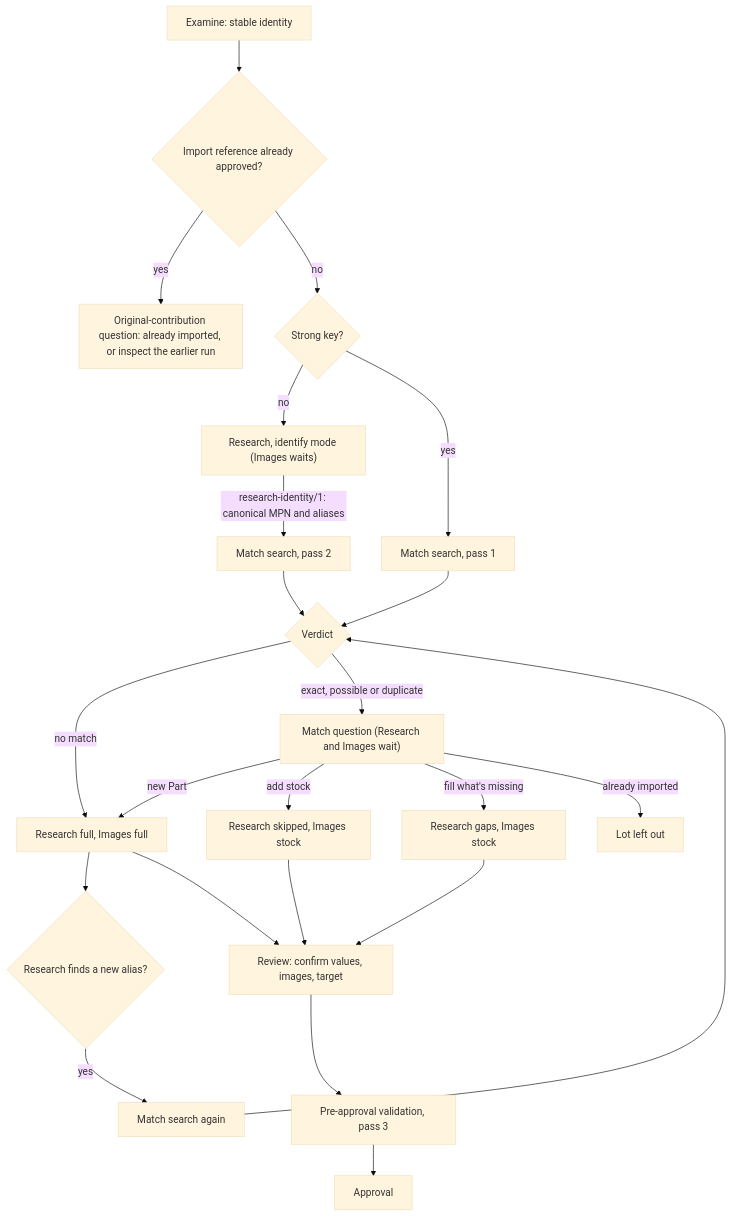
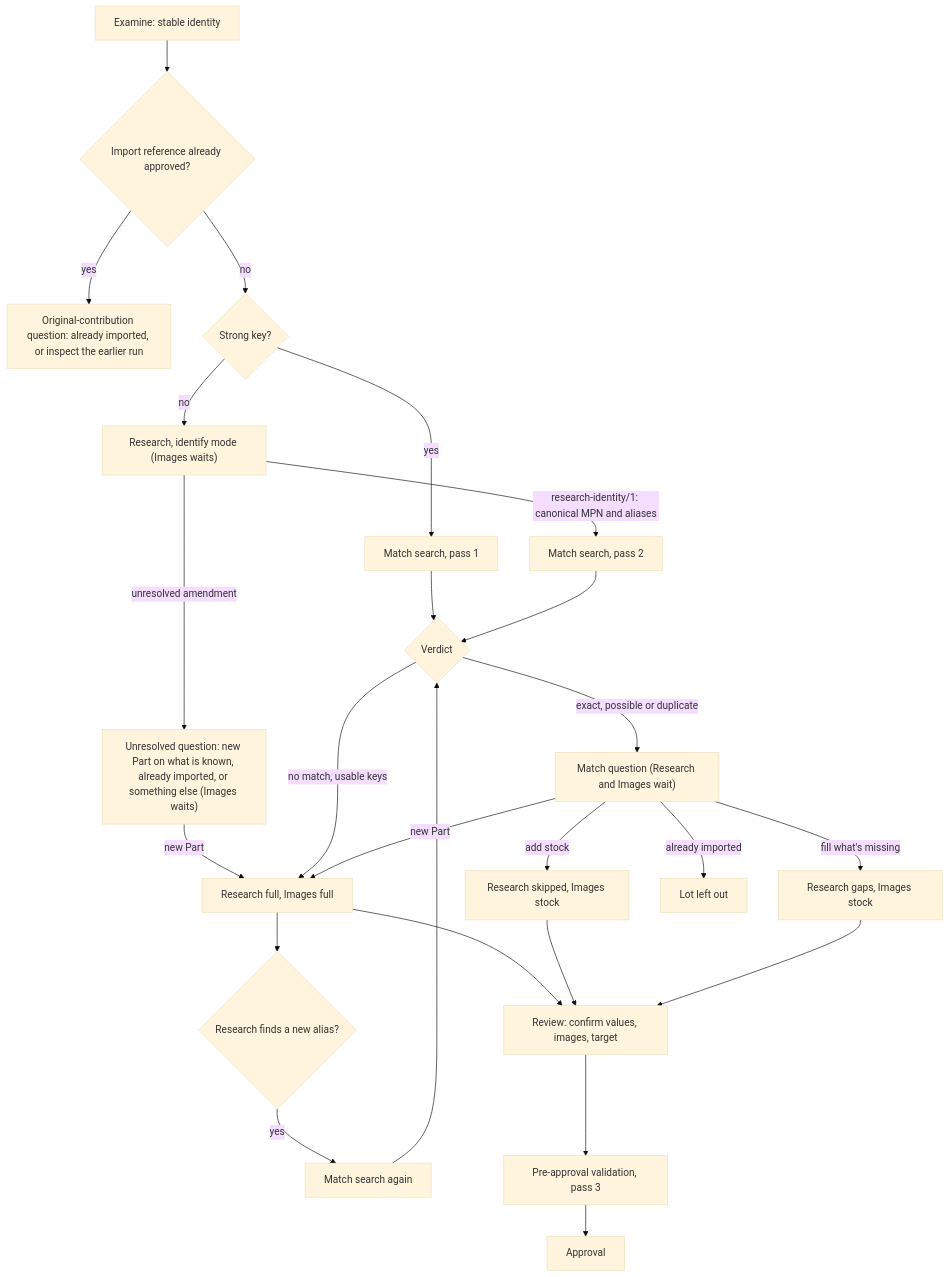
Before and after one commit to MitchReyno/InvenTree-Importer: the third of 4 diagrams in docs/agent-sessions.md, drawn with Mermaid (base theme). The commit also changed other lines of this file and 5 other files, not shown here.

First line of the commit message:
docs(agent-stage-inputs-outputs): add the owned fake's Match list routes, a launcher drain setting and /4 selection, the unresolved branch and the actual successor revision rule

````diff
--- a/docs/agent-sessions.md
+++ b/docs/agent-sessions.md
@@ -385,25 +385,27 @@
 ```mermaid
 flowchart TD
   ID["Examine: stable identity"] --> IR{"Import reference already approved?"}
   IR -->|"yes"| HIT["Original-contribution question: already imported, or inspect the earlier run"]
   IR -->|"no"| K{"Strong key?"}
   K -->|"no"| RI["Research, identify mode (Images waits)"]
   RI -->|"research-identity/1: canonical MPN and aliases"| S2["Match search, pass 2"]
+  RI -->|"unresolved amendment"| UQ["Unresolved question: new Part on what is known, already imported, or something else (Images waits)"]
+  UQ -->|"new Part"| NEW
   K -->|"yes"| S1["Match search, pass 1"]
   S1 --> V{"Verdict"}
   S2 --> V
-  V -->|"no match"| NEW["Research full, Images full"]
+  V -->|"no match, usable keys"| NEW["Research full, Images full"]
   V -->|"exact, possible or duplicate"| Q["Match question (Research and Images wait)"]
   Q -->|"new Part"| NEW
   Q -->|"add stock"| STOCK["Research skipped, Images stock"]
   Q -->|"fill what's missing"| GAPS["Research gaps, Images stock"]
   Q -->|"already imported"| EXC["Lot left out"]
   NEW --> LATE{"Research finds a new alias?"}
   LATE -->|"yes"| S3["Match search again"]
   S3 --> V
   NEW --> REV["Review: confirm values, images, target"]
   STOCK --> REV
   GAPS --> REV
   REV --> VAL["Pre-approval validation, pass 3"]
   VAL --> APP["Approval"]
 ```
````
